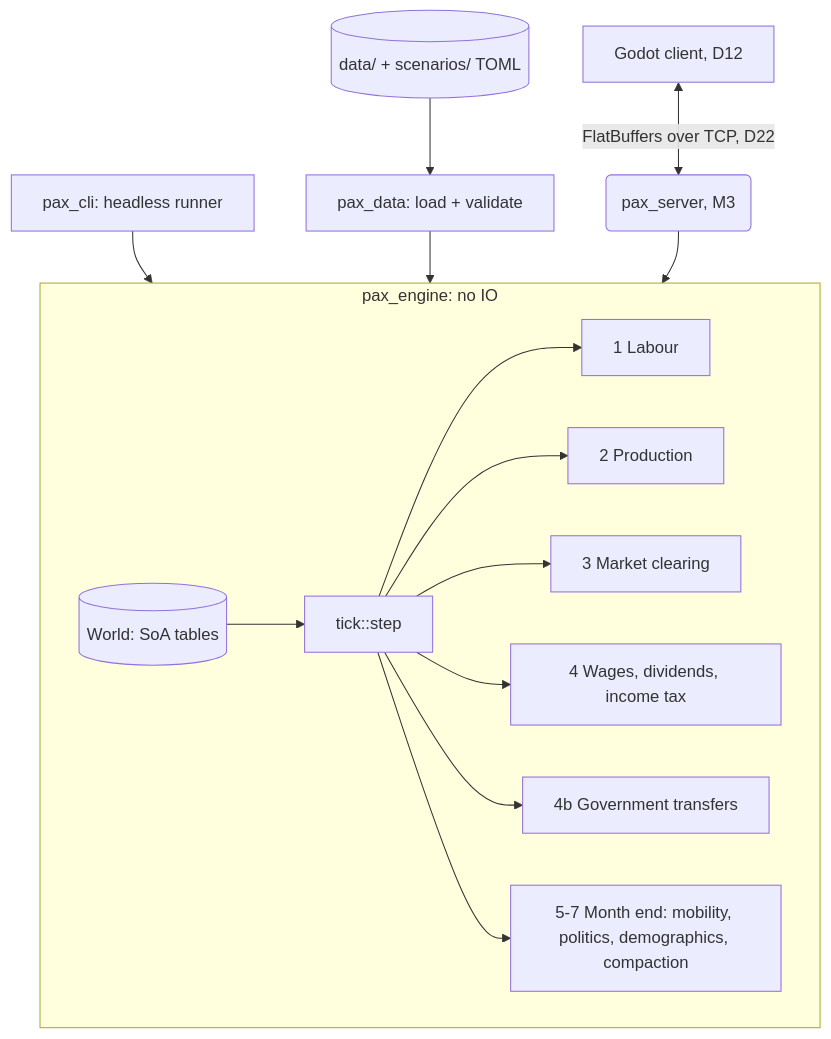
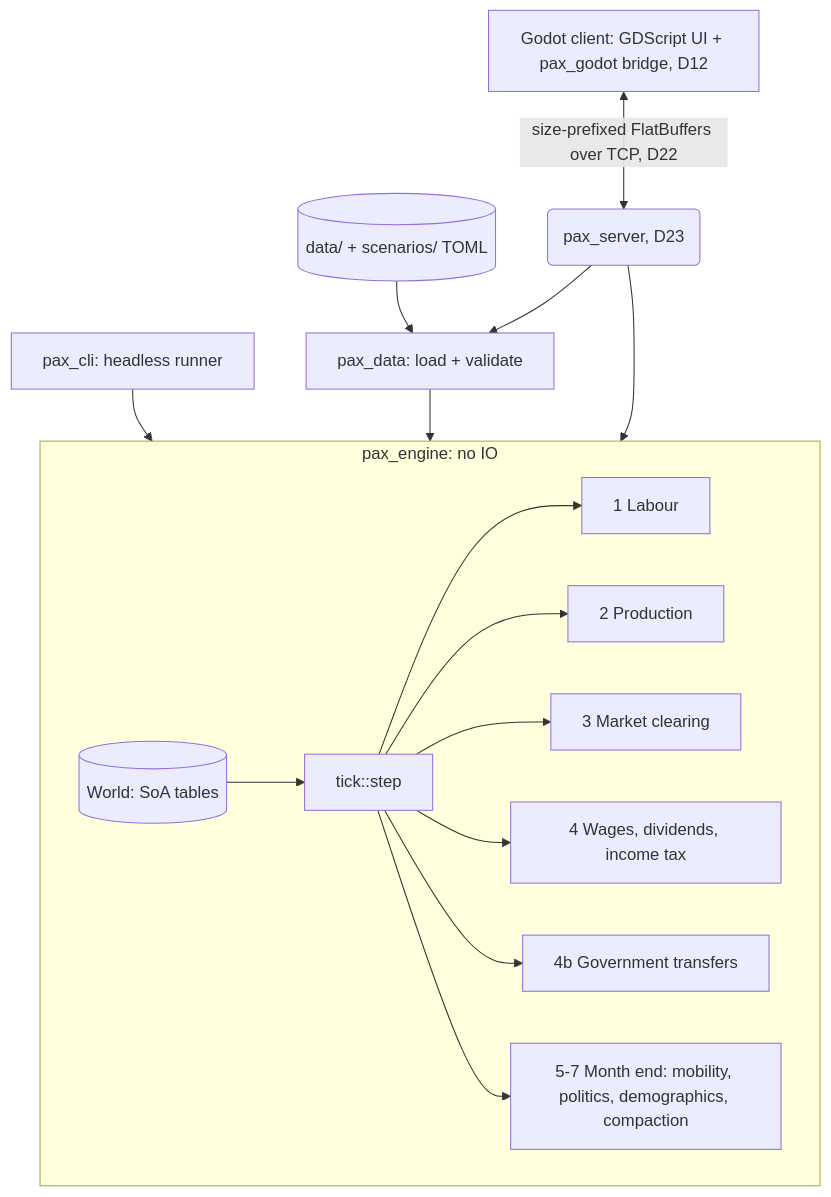
Before and after one commit to thomasclarkpersonal-sketch/Iron-and-Blood: the first of 3 diagrams in docs/ARCHITECTURE.md, drawn with Mermaid. The commit also changed other lines of this file and 5 other files, not shown here.

````diff
--- a/docs/ARCHITECTURE.md
+++ b/docs/ARCHITECTURE.md
@@ -7,20 +7,21 @@
 ```mermaid
 flowchart TD
-    UI[Godot client, D12] <-->|FlatBuffers over TCP, D22| Server(pax_server, M3)
+    UI[Godot client: GDScript UI + pax_godot bridge, D12] <-->|size-prefixed FlatBuffers over TCP, D22| Server(pax_server, D23)
     CLI[pax_cli: headless runner] --> Engine
     Data[(data/ + scenarios/ TOML)] --> Loader[pax_data: load + validate]
     Loader --> Engine
 
     subgraph Engine [pax_engine: no IO]
         World[(World: SoA tables)]
         World --> Step[tick::step]
         Step --> Labour[1 Labour]
         Step --> Production[2 Production]
         Step --> Market[3 Market clearing]
         Step --> Firms[4 Wages, dividends, income tax]
         Step --> Government[4b Government transfers]
         Step --> Monthly[5-7 Month end: mobility, politics, demographics, compaction]
     end
 
+    Server --> Loader
     Server --> Engine
 ```
````
